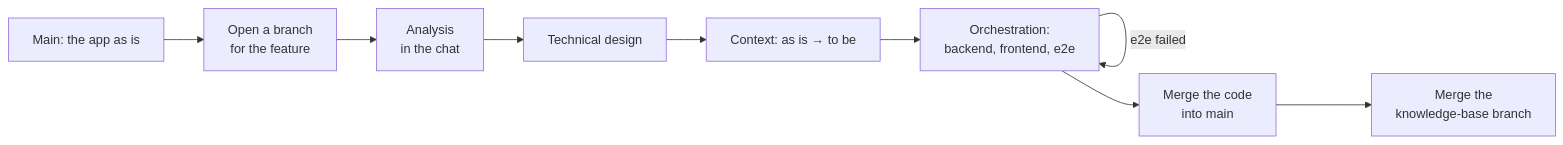
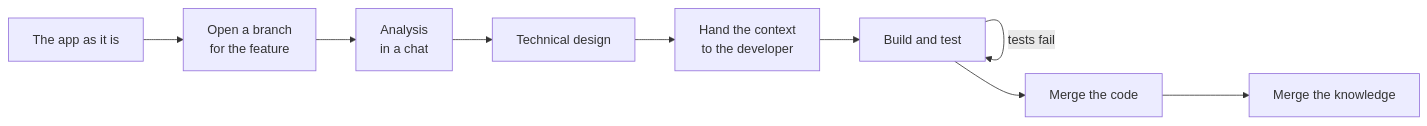
One commit to roadmap-mcp/roadmap-mcp.github.io changed the diagram in docs/knowledge-base/walkthrough.md. Above: the diagram before and after it, drawn with Mermaid. The commit also changed other lines of this file and 17 other files, not shown here.

````diff
--- a/docs/knowledge-base/walkthrough.md
+++ b/docs/knowledge-base/walkthrough.md
@@ -8,11 +8,11 @@
 ```mermaid
 flowchart LR
-  A[Main: the app as is] --> B[Open a branch<br/>for the feature]
-  B --> C[Analysis<br/>in the chat]
+  A[The app as it is] --> B[Open a branch<br/>for the feature]
+  B --> C[Analysis<br/>in a chat]
   C --> D[Technical design]
-  D --> E[Context: as is → to be]
-  E --> F[Orchestration:<br/>backend, frontend, e2e]
-  F -->|e2e failed| F
-  F --> G[Merge the code<br/>into main]
-  G --> H[Merge the<br/>knowledge-base branch]
+  D --> E[Hand the context<br/>to the developer]
+  E --> F[Build and test]
+  F -->|tests fail| F
+  F --> G[Merge the code]
+  G --> H[Merge the knowledge]
 ```
````
